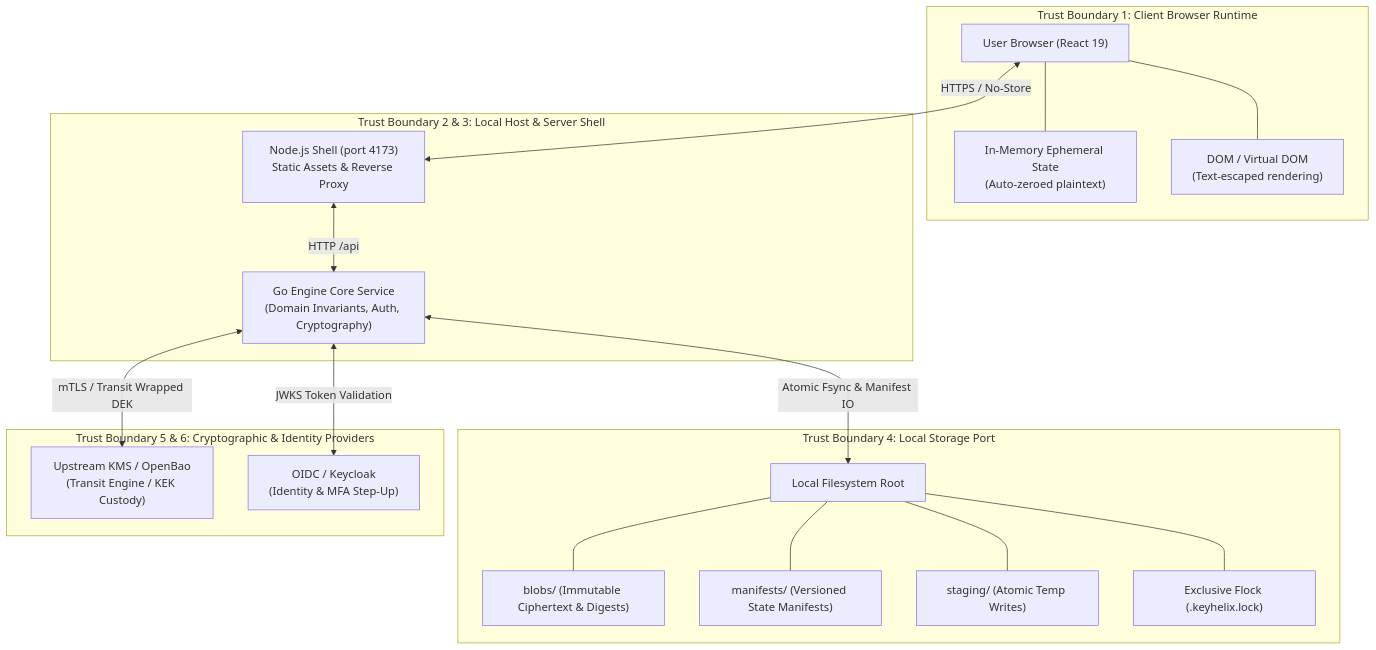
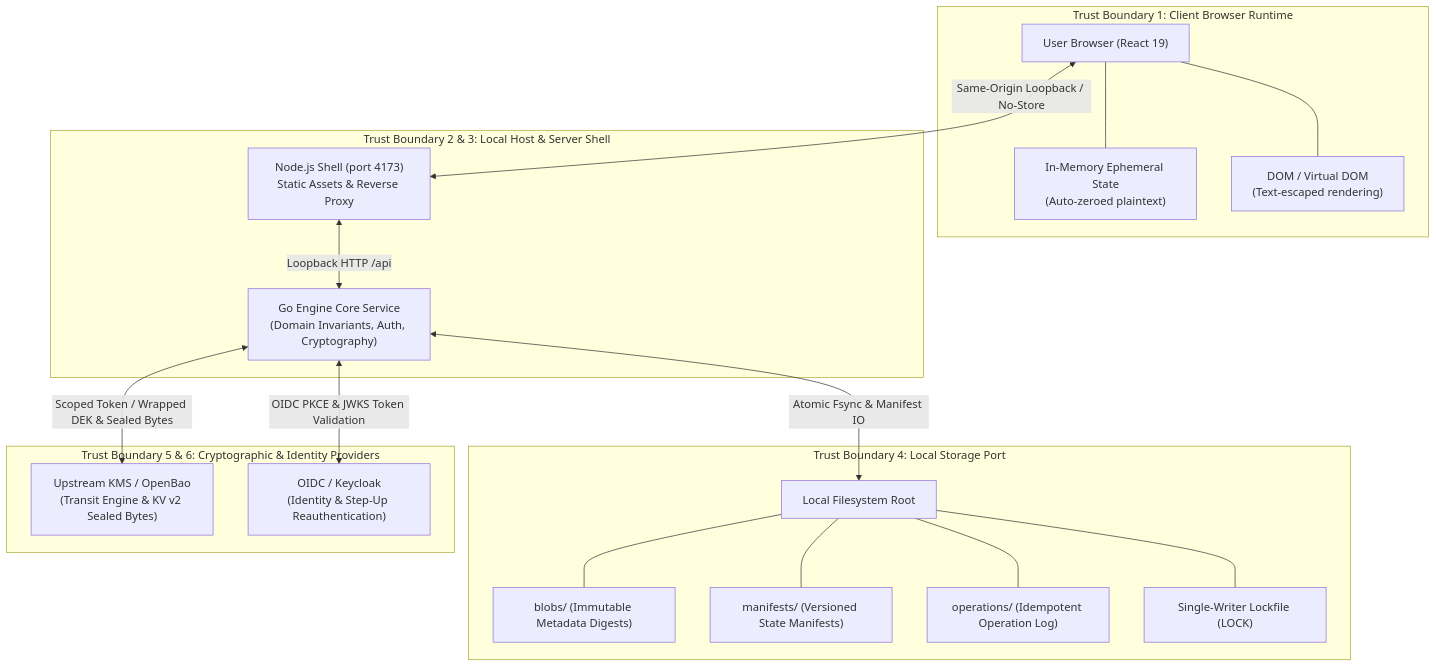
Before and after one commit to Parsa-Emami/Keyhelix: the diagram in docs/security/THREAT_MODEL.md, drawn with Mermaid. The commit also changed other lines of this file and 36 other files, not shown here.

````diff
--- a/docs/security/THREAT_MODEL.md
+++ b/docs/security/THREAT_MODEL.md
@@ -9,38 +9,38 @@
 ```mermaid
 flowchart TD
     subgraph ClientBoundary ["Trust Boundary 1: Client Browser Runtime"]
         UserBrowser["User Browser (React 19)"]
         MemState["In-Memory Ephemeral State\n(Auto-zeroed plaintext)"]
         DOMRender["DOM / Virtual DOM\n(Text-escaped rendering)"]
         UserBrowser --- MemState
         UserBrowser --- DOMRender
     end
 
     subgraph HostBoundary ["Trust Boundary 2 & 3: Local Host & Server Shell"]
         NodeShell["Node.js Shell (port 4173)\nStatic Assets & Reverse Proxy"]
         GoEngine["Go Engine Core Service\n(Domain Invariants, Auth, Cryptography)"]
-        NodeShell <-->|HTTP /api| GoEngine
+        NodeShell <-->|Loopback HTTP /api| GoEngine
     end
 
     subgraph StorageBoundary ["Trust Boundary 4: Local Storage Port"]
         StoreRoot["Local Filesystem Root"]
-        Blobs["blobs/ (Immutable Ciphertext & Digests)"]
+        Blobs["blobs/ (Immutable Metadata Digests)"]
         Manifests["manifests/ (Versioned State Manifests)"]
-        Staging["staging/ (Atomic Temp Writes)"]
-        StoreLock["Exclusive Flock (.keyhelix.lock)"]
+        Operations["operations/ (Idempotent Operation Log)"]
+        StoreLock["Single-Writer Lockfile (LOCK)"]
         StoreRoot --- Blobs
         StoreRoot --- Manifests
-        StoreRoot --- Staging
+        StoreRoot --- Operations
         StoreRoot --- StoreLock
     end
 
     subgraph ExternalBoundary ["Trust Boundary 5 & 6: Cryptographic & Identity Providers"]
-        OpenBao["Upstream KMS / OpenBao\n(Transit Engine / KEK Custody)"]
-        Keycloak["OIDC / Keycloak\n(Identity & MFA Step-Up)"]
+        OpenBao["Upstream KMS / OpenBao\n(Transit Engine & KV v2 Sealed Bytes)"]
+        Keycloak["OIDC / Keycloak\n(Identity & Step-Up Reauthentication)"]
     end
 
-    UserBrowser <-->|HTTPS / No-Store| NodeShell
+    UserBrowser <-->|Same-Origin Loopback / No-Store| NodeShell
     GoEngine <-->|Atomic Fsync & Manifest IO| StoreRoot
-    GoEngine <-->|mTLS / Transit Wrapped DEK| OpenBao
-    GoEngine <-->|JWKS Token Validation| Keycloak
+    GoEngine <-->|Scoped Token / Wrapped DEK & Sealed Bytes| OpenBao
+    GoEngine <-->|OIDC PKCE & JWKS Token Validation| Keycloak
 ```
````
